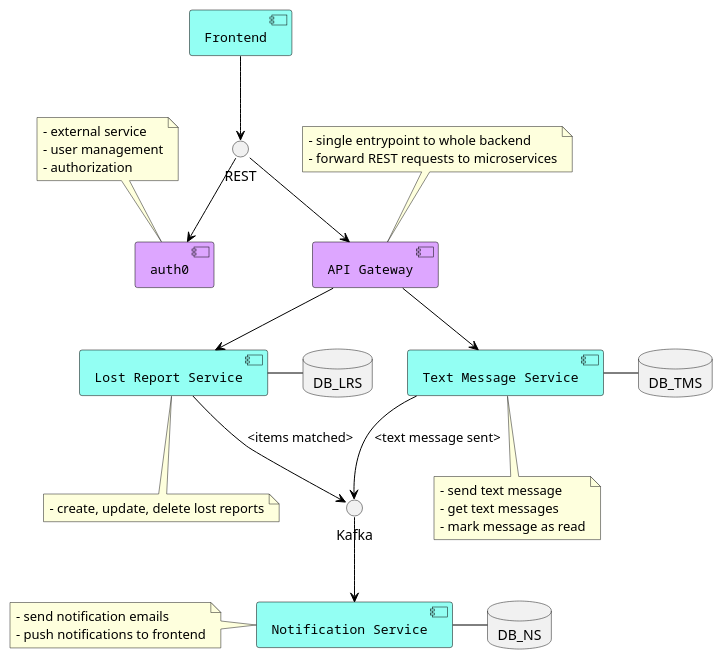
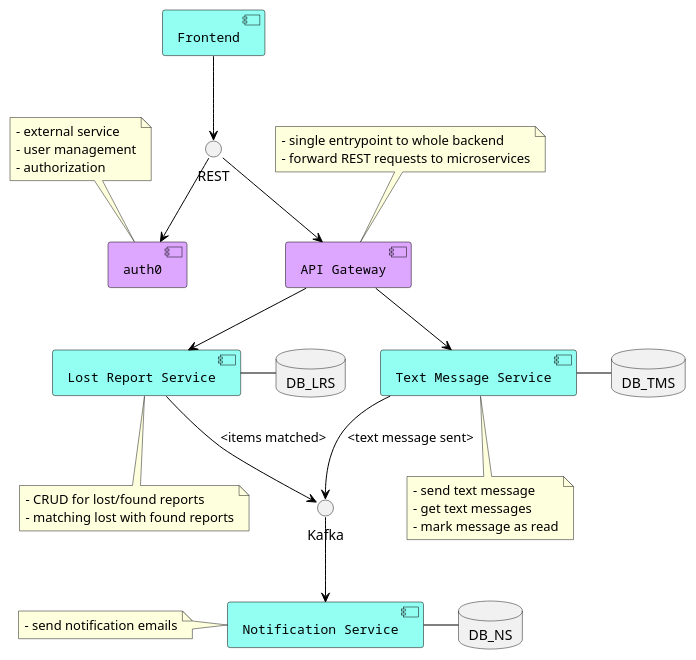
Before and after one commit to PawelMlyniec/Lost_and_found_diagrams: the diagram in architecture.md, drawn with PlantUML.

````diff
--- a/architecture.md
+++ b/architecture.md
@@ -1,65 +1,65 @@
 ```plantuml
 skinparam component {
   FontSize 13
   FontName Courier
   BorderColor black
   BackgroundColor 93FFF3
   ArrowFontName Impact
   ArrowColor black
   ArrowFontColor black
 }
 
 skinparam note {
 
 }
 
 component "Frontend" as frontend
 component "API Gateway" as gateway #DDA6FF
 interface REST
 interface "Kafka" as kafka
 component "Lost Report Service" as LRS
 component "auth0" as auth0 #DDA6FF
 component "Text Message Service" as TMS
 component "Notification Service" as NS
 database DB_LRS
 database DB_TMS
 database DB_NS
 
 frontend --> REST
 REST --> gateway
 REST --> auth0
 gateway --> LRS
 gateway --> TMS
 LRS --> kafka: <items matched>
 TMS --> kafka: <text message sent>
 kafka --> NS
 LRS - DB_LRS
 TMS - DB_TMS
 NS - DB_NS
 
 note top of gateway
     - single entrypoint to whole backend
     - forward REST requests to microservices
 end note
 
 note bottom of LRS
-    - create, update, delete lost reports
+    - CRUD for lost/found reports
+    - matching lost with found reports
 end note
 
 note bottom of TMS
     - send text message
     - get text messages
     - mark message as read
 end note
 
 note left of NS
     - send notification emails
-    - push notifications to frontend
 end note
 
 note top of auth0
     - external service
     - user management
     - authorization
 end note
 ```
````
